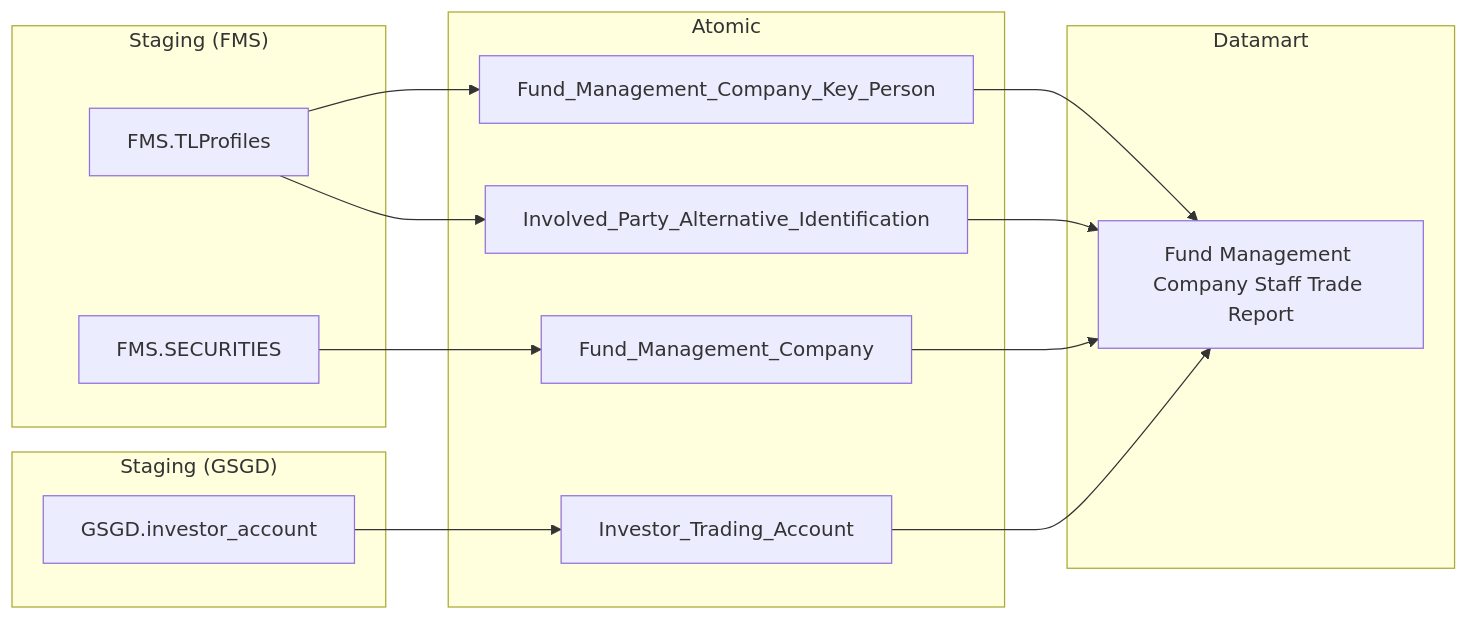
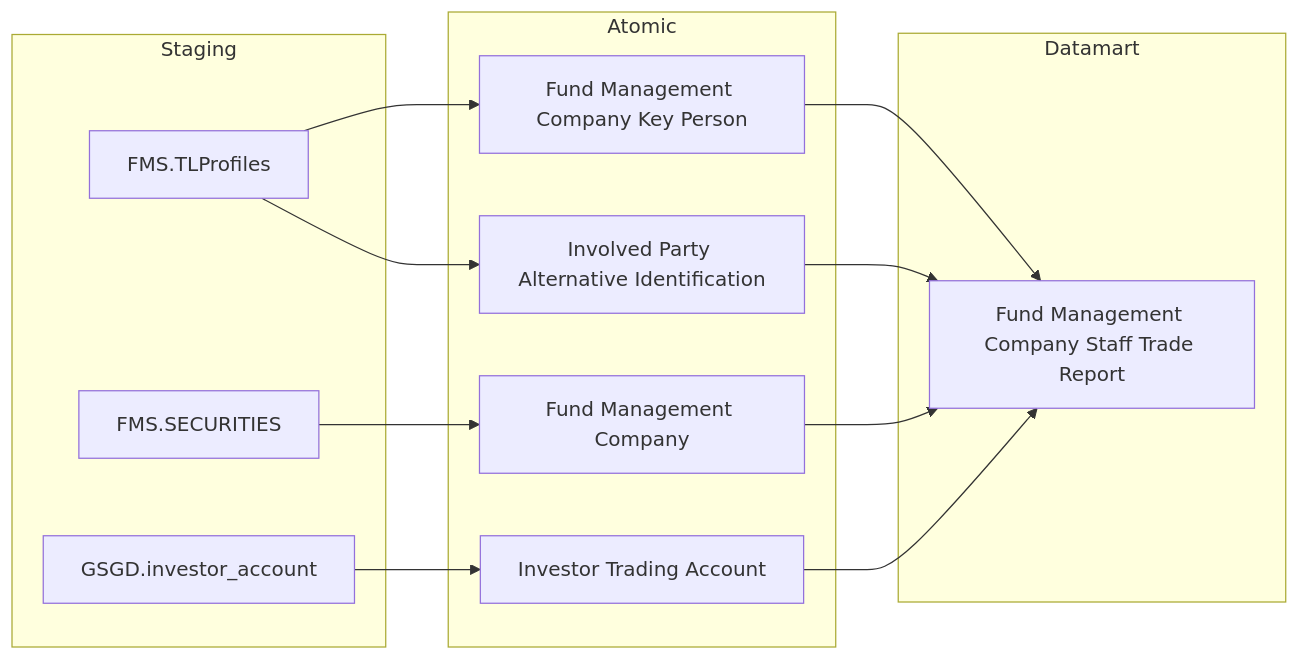
Diagram 11 of 11 in docs/output/datamart/FMS/DTM_FMS_PTTK.md (linhlvit/ubck_atomic_design), drawn with Mermaid before and after one commit. The commit also changed other lines of this file and 34 other files, not shown here.

````diff
--- a/docs/output/datamart/FMS/DTM_FMS_PTTK.md
+++ b/docs/output/datamart/FMS/DTM_FMS_PTTK.md
@@ -432,27 +576,29 @@
 ```mermaid
 flowchart LR
-  subgraph Staging_FMS["Staging (FMS)"]
-    FMS_TLProfiles["FMS.TLProfiles"]
-    FMS_SECURITIES["FMS.SECURITIES"]
-  end
-  subgraph Staging_GSGD["Staging (GSGD)"]
-    GSGD_investor_account["GSGD.investor_account"]
-  end
-  subgraph Atomic
-    Fund_Management_Company_Key_Person
-    Involved_Party_Alternative_Identification
-    Fund_Management_Company
-    Investor_Trading_Account
-  end
-  subgraph Datamart
-    fnd_mgt_co_stf_trd_rpt["Fund Management Company Staff Trade Report"]
-  end
-  FMS_TLProfiles --> Fund_Management_Company_Key_Person
-  FMS_TLProfiles --> Involved_Party_Alternative_Identification
-  FMS_SECURITIES --> Fund_Management_Company
-  GSGD_investor_account --> Investor_Trading_Account
-  Fund_Management_Company_Key_Person --> fnd_mgt_co_stf_trd_rpt
-  Involved_Party_Alternative_Identification --> fnd_mgt_co_stf_trd_rpt
-  Fund_Management_Company --> fnd_mgt_co_stf_trd_rpt
-  Investor_Trading_Account --> fnd_mgt_co_stf_trd_rpt
+    subgraph Staging
+        S1["FMS.TLProfiles"]
+        S2["FMS.SECURITIES"]
+        S3["GSGD.investor_account"]
+    end
+
+    subgraph Atomic
+        SV1["Fund Management Company Key Person"]
+        SV2["Involved Party Alternative Identification"]
+        SV3["Fund Management Company"]
+        SV4["Investor Trading Account"]
+    end
+
+    subgraph Datamart
+        G1["Fund Management Company Staff Trade Report"]
+    end
+
+    S1 --> SV1
+    S1 --> SV2
+    S2 --> SV3
+    S3 --> SV4
+
+    SV1 --> G1
+    SV2 --> G1
+    SV3 --> G1
+    SV4 --> G1
 ```
````
